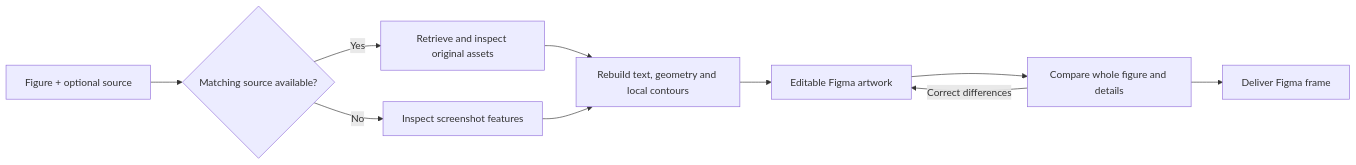
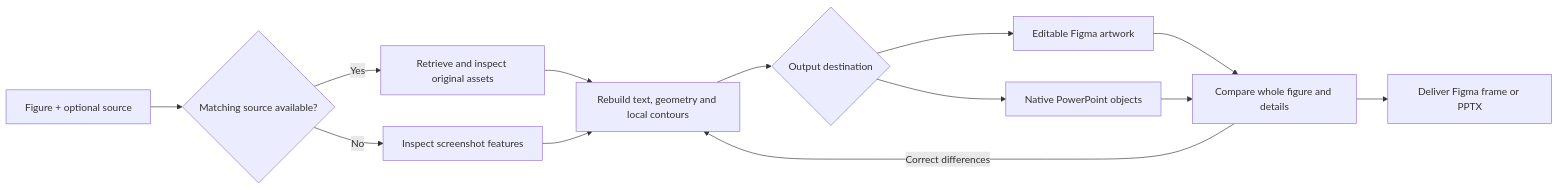
The diagram in README.md (sidiangongyuan/paper-figure-to-figma), drawn with Mermaid before and after one commit. The commit also changed other lines of this file and 32 other files, not shown here.

Commit message:
Release 0.2.5 with native PowerPoint figures and examples

````diff
--- a/README.md
+++ b/README.md
@@ -106,12 +116,15 @@
 ```mermaid
 flowchart LR
     A[Figure + optional source] --> B{Matching source available?}
     B -->|Yes| C[Retrieve and inspect original assets]
     B -->|No| D[Inspect screenshot features]
     C --> E[Rebuild text, geometry and local contours]
     D --> E
-    E --> F[Editable Figma artwork]
+    E --> T{Output destination}
+    T --> F[Editable Figma artwork]
+    T --> P[Native PowerPoint objects]
     F --> G[Compare whole figure and details]
-    G -->|Correct differences| F
-    G --> H[Deliver Figma frame]
+    P --> G
+    G -->|Correct differences| E
+    G --> H[Deliver Figma frame or PPTX]
 ```
````
